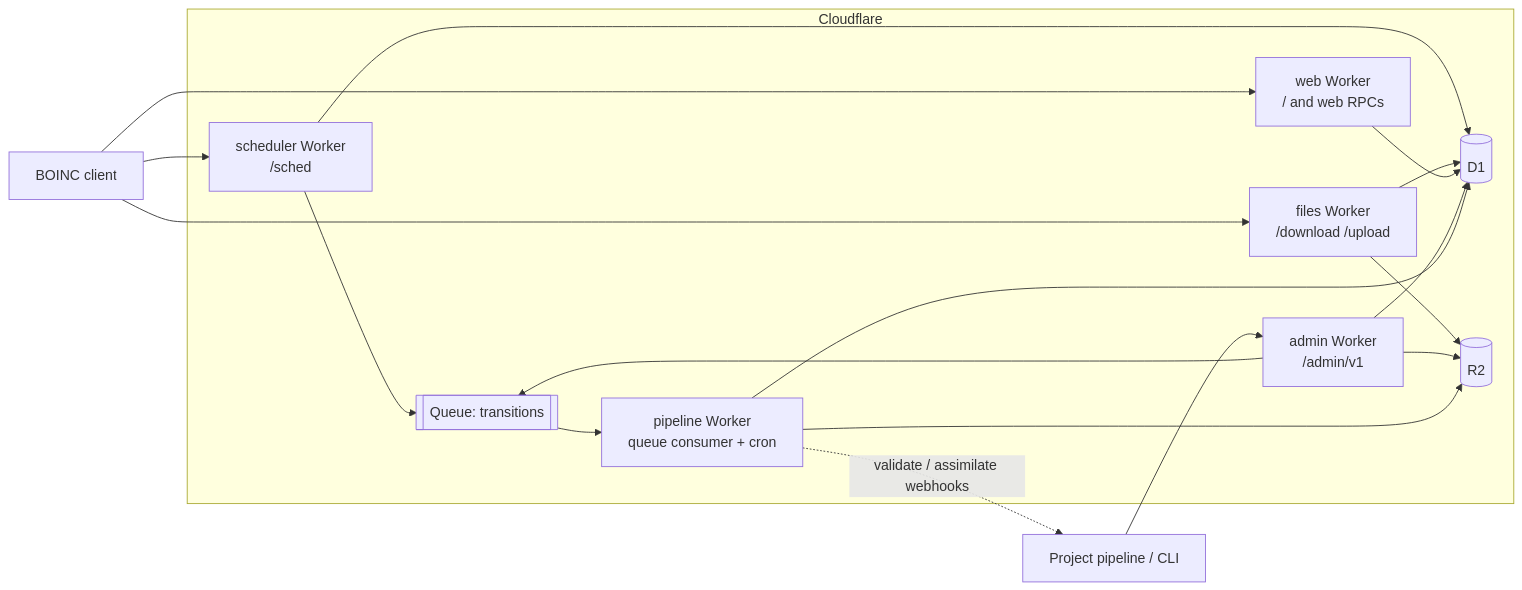
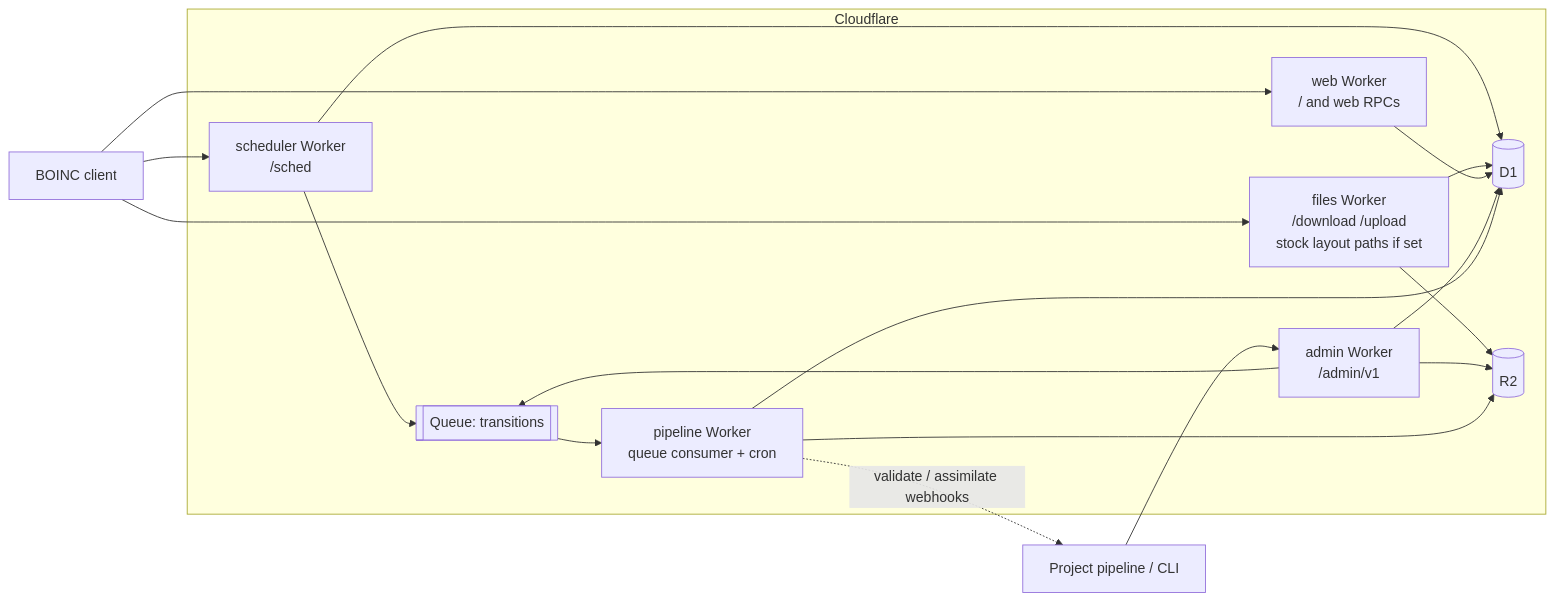
The diagram in cloud/docs/architecture.md (tgoodyear/cloud-boinc), drawn with Mermaid before and after one commit. The commit also changed other lines of this file and 28 other files, not shown here.

First line of the commit message:
Serve a stock server's URL layout as an option (#18)

````diff
--- a/cloud/docs/architecture.md
+++ b/cloud/docs/architecture.md
@@ -48,28 +48,28 @@
 ```mermaid
 flowchart LR
   client[BOINC client]
   ops[Project pipeline / CLI]
 
   subgraph Cloudflare
     sched[scheduler Worker<br>/sched]
-    files[files Worker<br>/download /upload]
+    files[files Worker<br>/download /upload<br>stock layout paths if set]
     web[web Worker<br>/ and web RPCs]
     admin[admin Worker<br>/admin/v1]
     pipe[pipeline Worker<br>queue consumer + cron]
     d1[(D1)]
     r2[(R2)]
     q[[Queue: transitions]]
   end
 
   client --> sched & files & web
   ops --> admin
   sched --> d1
   sched --> q
   files --> r2
   files --> d1
   web --> d1
   admin --> d1 & r2 & q
   q --> pipe
   pipe --> d1 & r2
   pipe -. validate / assimilate webhooks .-> ops
 ```
````
